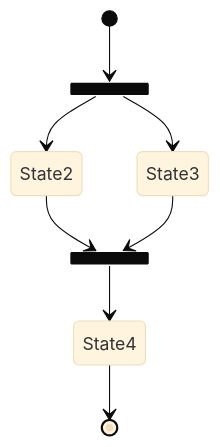
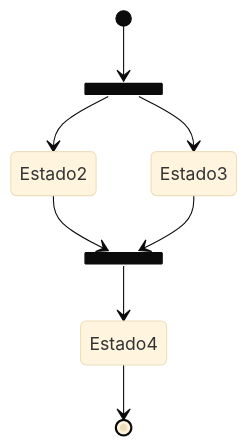
The fifth of 5 diagrams in docs/es/MkDocs测试实验室.md (linyuxuanlin/Wiki_MkDocs), drawn with Mermaid (base theme) before and after one commit. The commit also changed other lines of this file and 31 other files, not shown here.

````diff
--- a/docs/es/MkDocs测试实验室.md
+++ b/docs/es/MkDocs测试实验室.md
@@ -46,13 +47,13 @@
 ```mermaid
 stateDiagram-v2
   state fork_state <<fork>>
     [*] --> fork_state
-    fork_state --> State2
-    fork_state --> State3
+    fork_state --> Estado2
+    fork_state --> Estado3
 
     state join_state <<join>>
-    State2 --> join_state
-    State3 --> join_state
-    join_state --> State4
-    State4 --> [*]
+    Estado2 --> join_state
+    Estado3 --> join_state
+    join_state --> Estado4
+    Estado4 --> [*]
 ```
````
